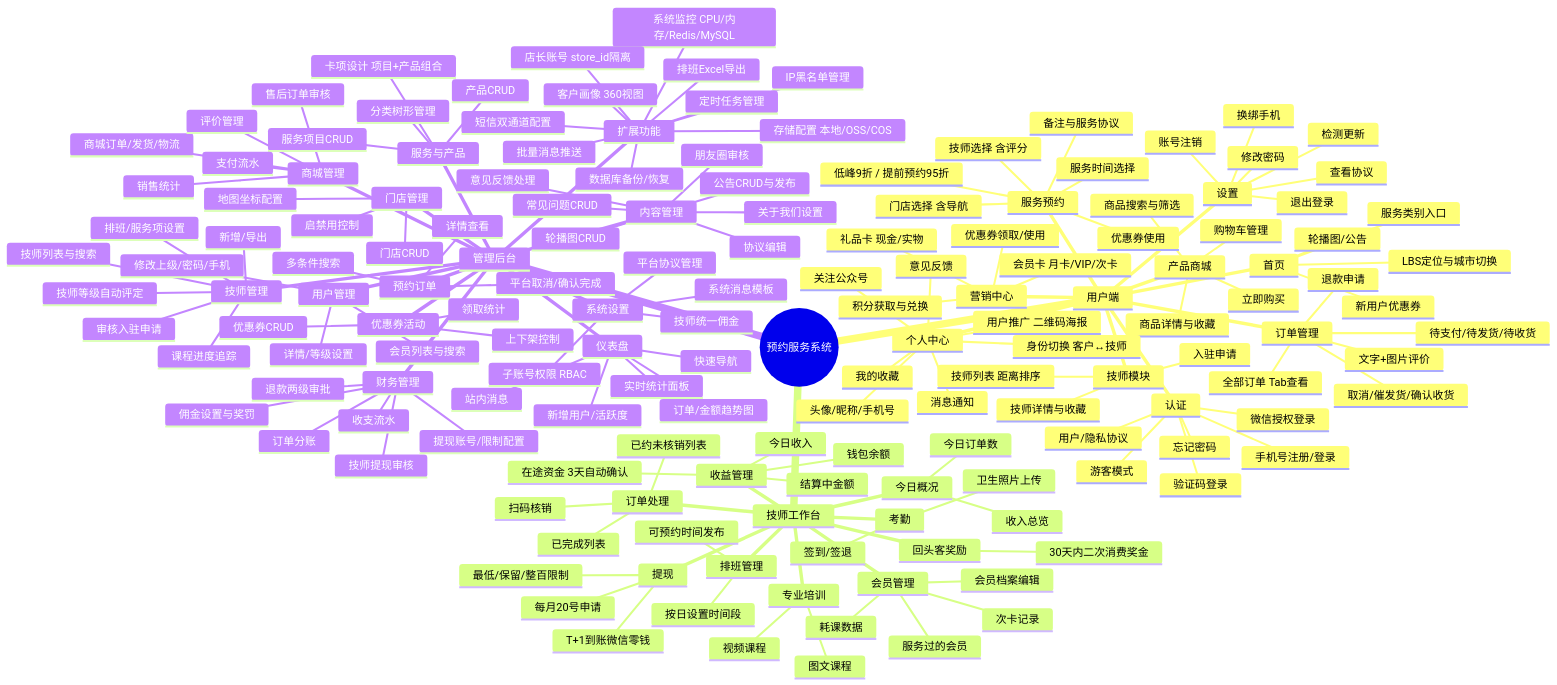
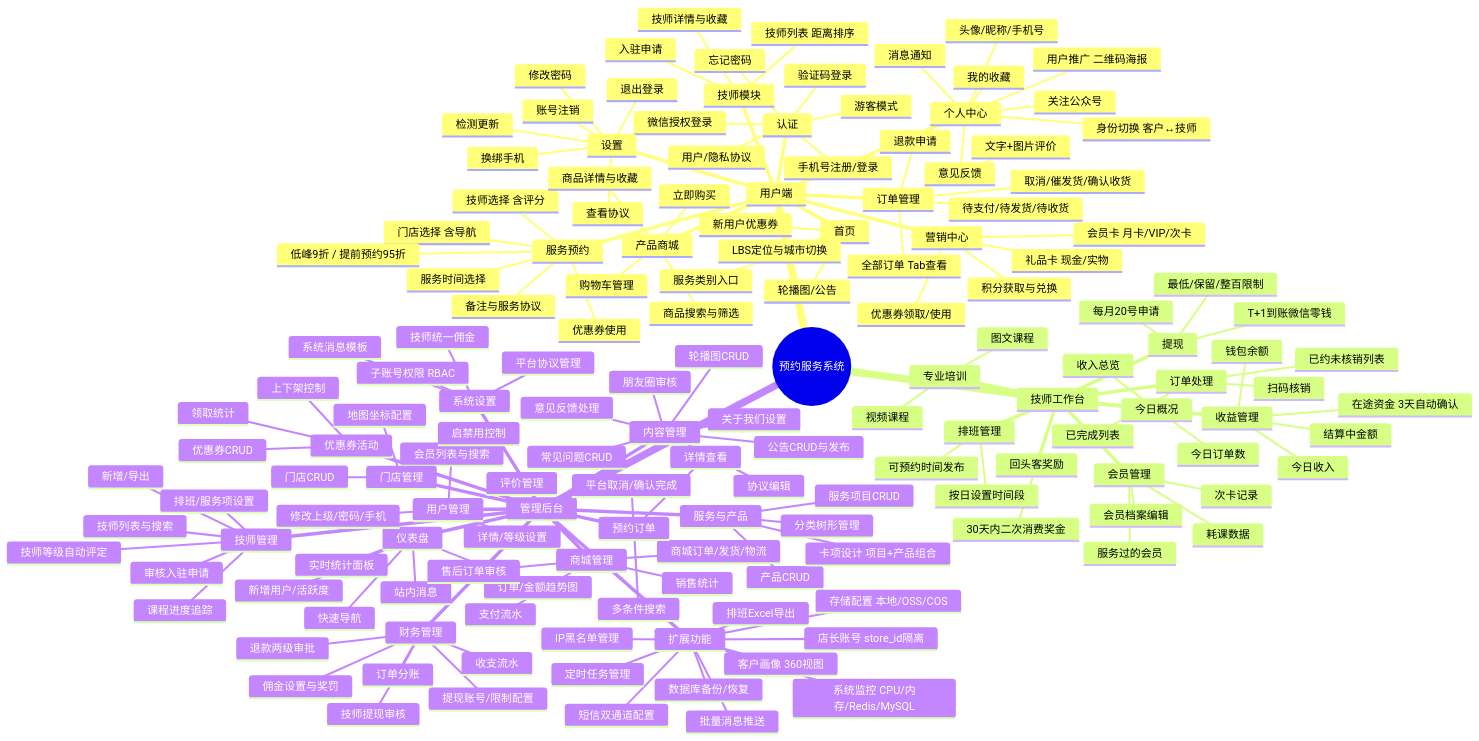
The diagram in docs/diagrams/FUNCTION-DIAGRAM.md (erikwang2013/appointment-php), drawn with Mermaid before and after one commit. The commit also changed 11 other files, not shown here.

First line of the commit message:
文档图集同步至当前代码：修复安全图 phone/wx_openid 加密错误、新增管理端防护层与 Redis 缓存/响应契约/模型共享节点、支付图更新为下单算价+回调消费两段式

```diff
--- a/docs/diagrams/FUNCTION-DIAGRAM.md
+++ b/docs/diagrams/FUNCTION-DIAGRAM.md
@@ -84,9 +84,6 @@
         每月20号申请
         T+1到账微信零钱
         最低/保留/整百限制
-      考勤
-        签到/签退
-        卫生照片上传
       回头客奖励
         30天内二次消费奖金
       专业培训
```
